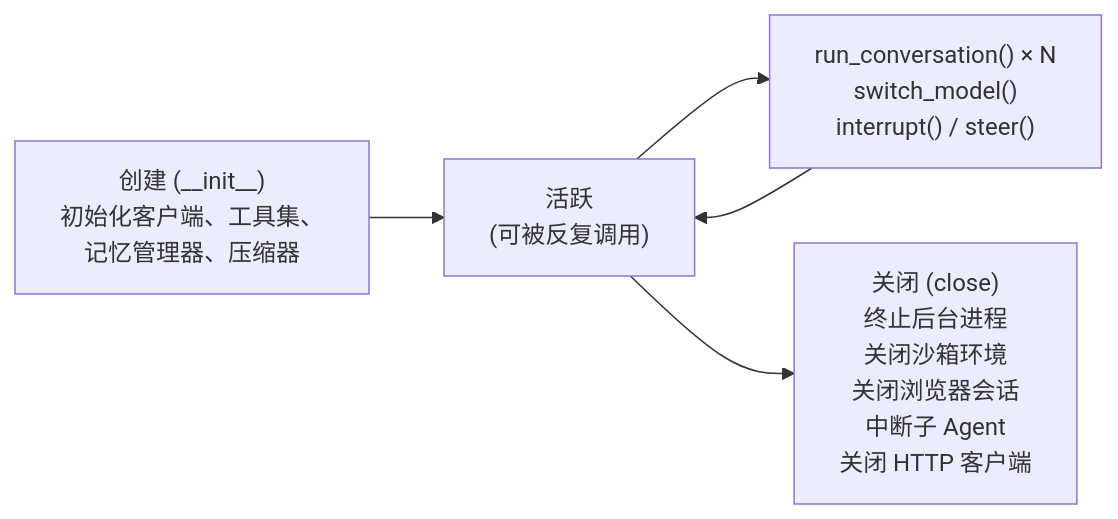
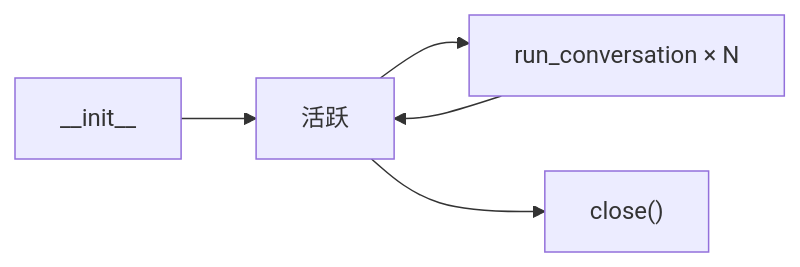
The second of 9 diagrams in docs/zh/02-Agent核心.md (fang-lin/hermes-agent-code-analysis), drawn with Mermaid before and after one commit. The commit also changed other lines of this file and 1 other file, not shown here.

First line of the commit message:
第 02 章：所有图表 layout 紧凑化——节点文字精简，细节留给正文

````diff
--- a/docs/zh/02-Agent核心.md
+++ b/docs/zh/02-Agent核心.md
@@ -127,12 +121,7 @@
 ```mermaid
 flowchart LR
-    INIT["创建 #40;__init__#41;<br/>初始化客户端、工具集、<br/>记忆管理器、压缩器"]
-    ACTIVE["活跃<br/>#40;可被反复调用#41;"]
-    RUN["run_conversation#40;#41; × N<br/>switch_model#40;#41;<br/>interrupt#40;#41; / steer#40;#41;"]
-    CLOSE["关闭 #40;close#41;<br/>终止后台进程<br/>关闭沙箱环境<br/>关闭浏览器会话<br/>中断子 Agent<br/>关闭 HTTP 客户端"]
-
-    INIT --> ACTIVE
-    ACTIVE --> RUN
+    INIT["__init__"] --> ACTIVE["活跃"]
+    ACTIVE --> RUN["run_conversation × N"]
     RUN --> ACTIVE
-    ACTIVE --> CLOSE
+    ACTIVE --> CLOSE["close#40;#41;"]
 ```
````
